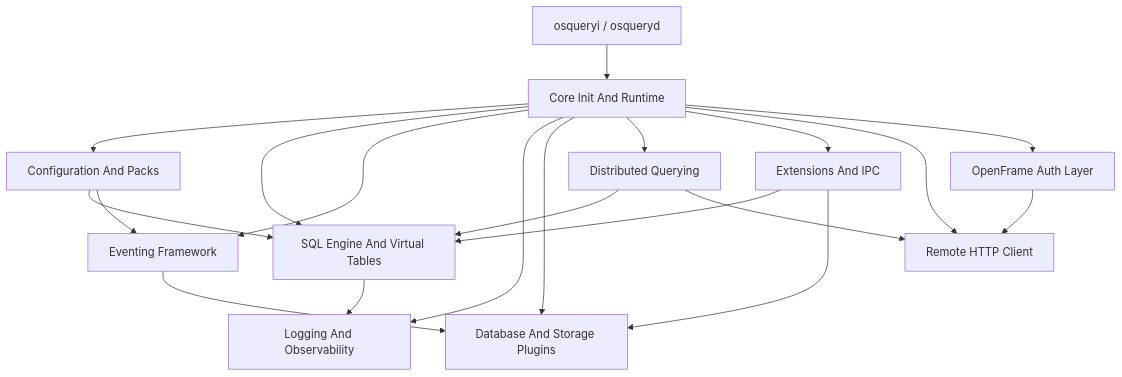
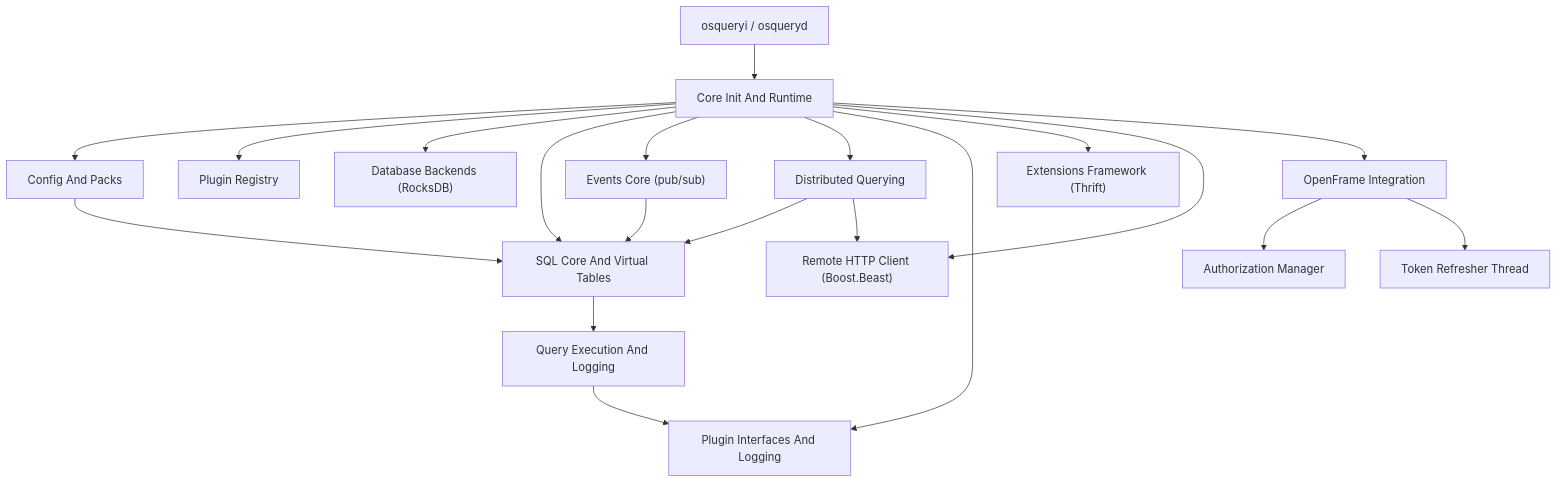
The diagram in README.md (flamingo-stack/osquery), drawn with Mermaid before and after one commit. The commit also changed other lines of this file and 2 other files, not shown here.

````diff
--- a/README.md
+++ b/README.md
@@ -45,22 +54,22 @@
 ```mermaid
-graph TD
+flowchart TD
     CLI["osqueryi / osqueryd"] --> Core["Core Init And Runtime"]
-    Core --> Config["Configuration And Packs"]
-    Core --> SQL["SQL Engine And Virtual Tables"]
-    Core --> Events["Eventing Framework"]
-    Core --> Logging["Logging And Observability"]
-    Core --> DB["Database And Storage Plugins"]
-    Core --> Dist["Distributed Querying"]
-    Core --> Ext["Extensions And IPC"]
-    Core --> HTTP["Remote HTTP Client"]
-    Core --> OF["OpenFrame Auth Layer"]
+    Core --> Config["Config And Packs"]
+    Core --> Registry["Plugin Registry"]
+    Core --> Database["Database Backends (RocksDB)"]
+    Core --> SQL["SQL Core And Virtual Tables"]
+    Core --> Events["Events Core (pub/sub)"]
+    Core --> Distributed["Distributed Querying"]
+    Core --> Logger["Plugin Interfaces And Logging"]
+    Core --> Extensions["Extensions Framework (Thrift)"]
+    Core --> HTTP["Remote HTTP Client (Boost.Beast)"]
+    Core --> OpenFrame["OpenFrame Integration"]
     Config --> SQL
-    Config --> Events
-    SQL --> Logging
-    Events --> DB
-    Dist --> SQL
-    Dist --> HTTP
-    Ext --> SQL
-    Ext --> DB
-    OF --> HTTP
+    SQL --> QueryExec["Query Execution And Logging"]
+    QueryExec --> Logger
+    Events --> SQL
+    Distributed --> SQL
+    Distributed --> HTTP
+    OpenFrame --> AuthMgr["Authorization Manager"]
+    OpenFrame --> Refresher["Token Refresher Thread"]
 ```
````
